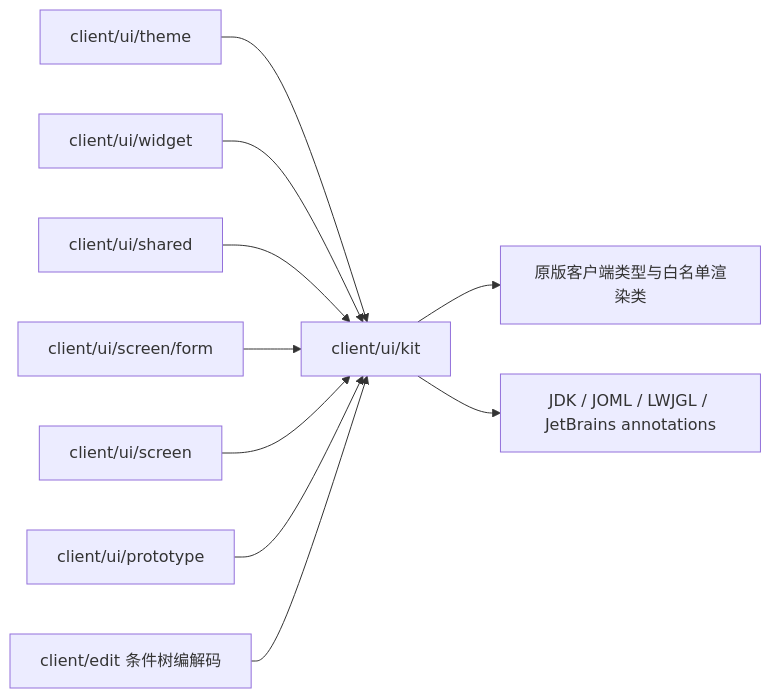
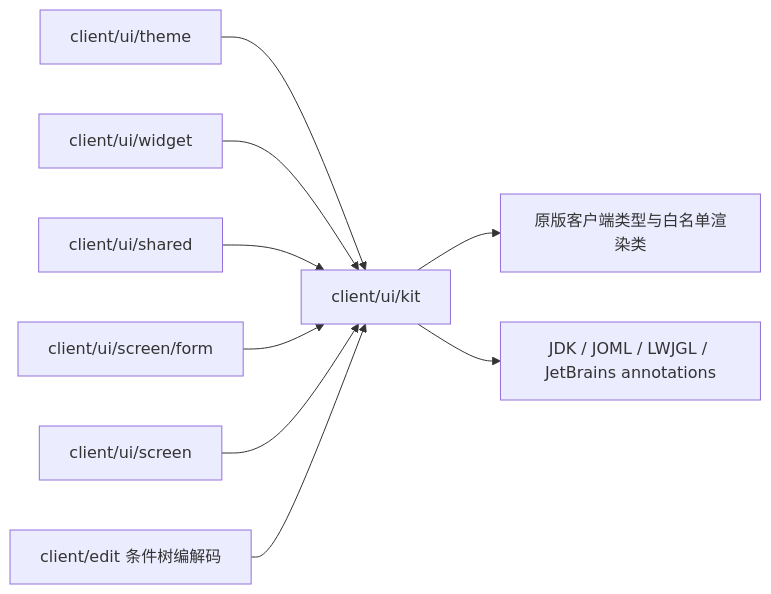
Before and after one commit to meteoritel/item-despawn-to-what: the first of 3 diagrams in docs/modules/ui-kit.md, drawn with Mermaid. The commit also changed other lines of this file and 45 other files, not shown here.

````diff
--- a/docs/modules/ui-kit.md
+++ b/docs/modules/ui-kit.md
@@ -49,22 +49,20 @@
 ```mermaid
 flowchart LR
     MC["原版客户端类型与白名单渲染类"]
     STD["JDK / JOML / LWJGL / JetBrains annotations"]
     KIT["client/ui/kit"]
     THEME["client/ui/theme"]
     WIDGET["client/ui/widget"]
     SHARED["client/ui/shared"]
     FORM["client/ui/screen/form"]
     SCREEN["client/ui/screen"]
-    PROT["client/ui/prototype"]
     EDIT["client/edit 条件树编解码"]
     KIT --> MC
     KIT --> STD
     THEME --> KIT
     WIDGET --> KIT
     SHARED --> KIT
     FORM --> KIT
     SCREEN --> KIT
-    PROT --> KIT
     EDIT --> KIT
 ```
````
